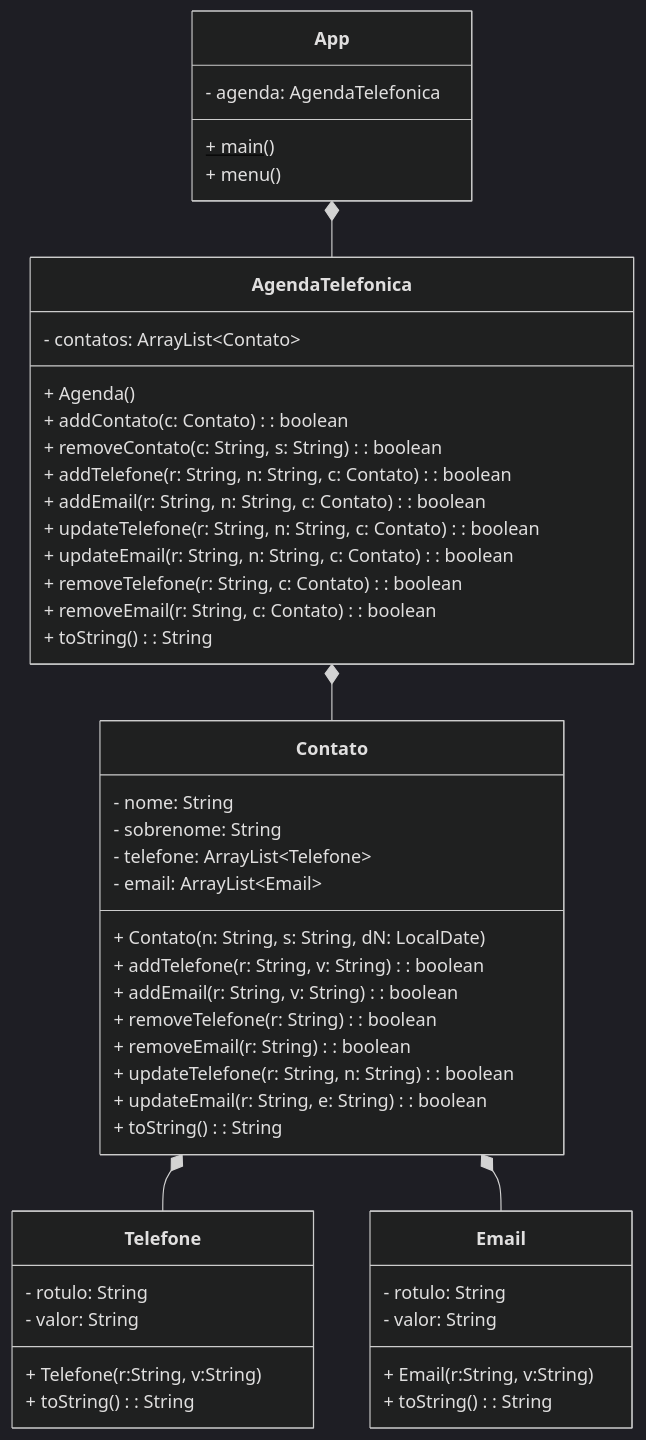
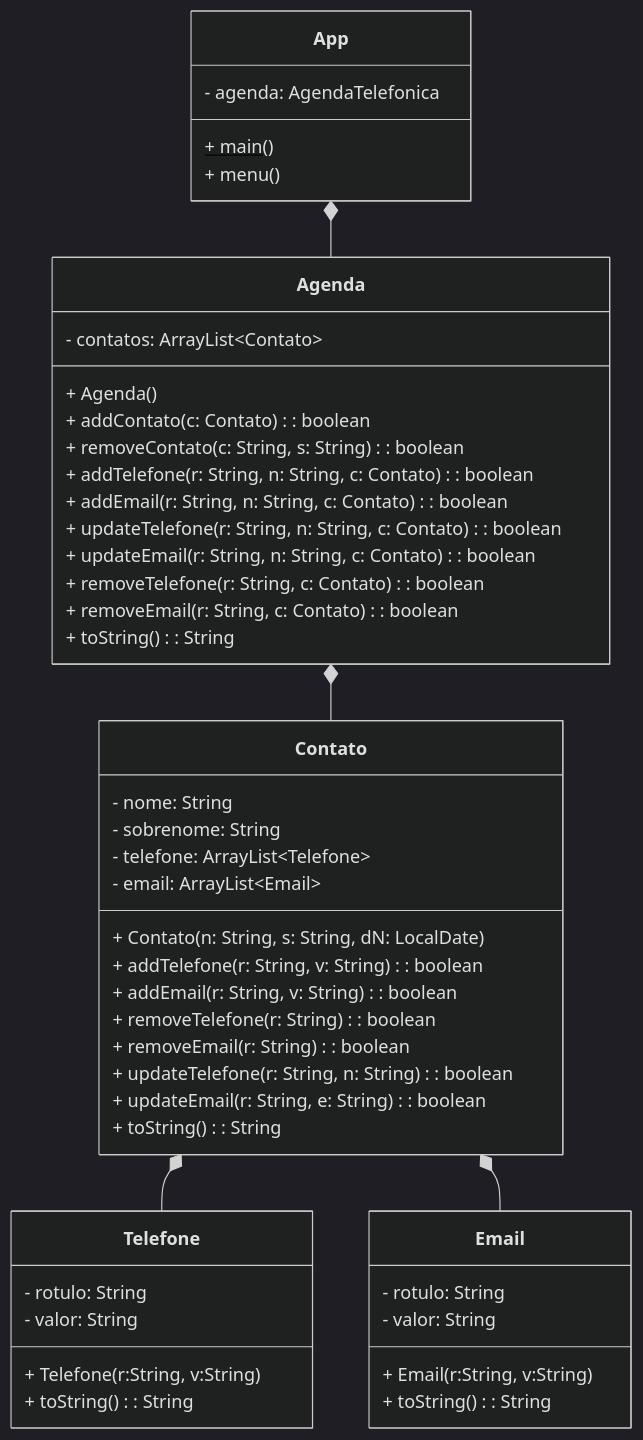
Before and after one commit to guess3r/POO-Aulas: the diagram in Aula14-05-12/readme.md, drawn with Mermaid (dark theme). The commit also changed 7 other files, not shown here.

````diff
--- a/Aula14-05-12/readme.md
+++ b/Aula14-05-12/readme.md
@@ -3,57 +3,57 @@
 ```mermaid
 classDiagram
     
     class App{
         - agenda: AgendaTelefonica
         + main()$
         + menu()
     }
     
-    class AgendaTelefonica{
+    class Agenda{
         - contatos: ArrayList~Contato~
         + Agenda()
         + addContato(c: Contato): boolean
         + removeContato(c: String, s: String): boolean
         + addTelefone(r: String, n: String, c: Contato): boolean
         + addEmail(r: String, n: String, c: Contato): boolean
         + updateTelefone(r: String, n: String, c: Contato): boolean
         + updateEmail(r: String, n: String, c: Contato): boolean
         + removeTelefone(r: String, c: Contato): boolean
         + removeEmail(r: String, c: Contato): boolean
         + toString(): String
     }
     
     class Contato{
         - nome: String
         - sobrenome: String
         - telefone: ArrayList~Telefone~
         - email: ArrayList~Email~
         + Contato(n: String, s: String, dN: LocalDate)
         + addTelefone(r: String, v: String): boolean
         + addEmail(r: String, v: String): boolean
         + removeTelefone(r: String): boolean
         + removeEmail(r: String): boolean
         + updateTelefone(r: String, n: String): boolean
         + updateEmail(r: String, e: String): boolean
         + toString(): String
     }
     
     class Telefone{
         - rotulo: String
         - valor: String 
         + Telefone(r:String, v:String)
         + toString(): String
     }
     
     class Email{
         - rotulo: String
         - valor: String
         + Email(r:String, v:String)
         + toString(): String
     }
     
-    AgendaTelefonica *-- Contato
+    Agenda *-- Contato
     Contato *-- Telefone
     Contato *-- Email
-    App *-- AgendaTelefonica
+    App *-- Agenda
 ```
````
